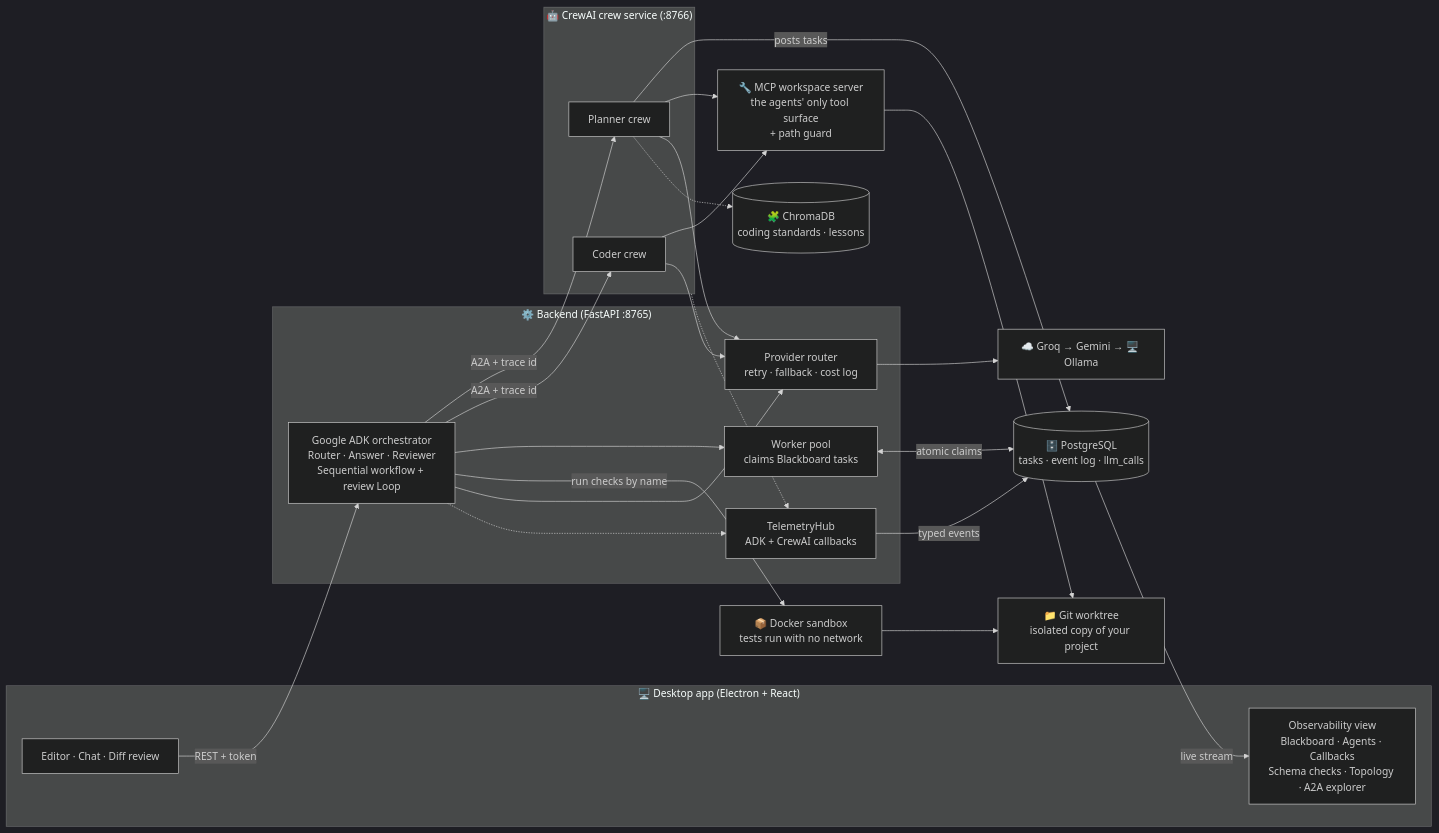
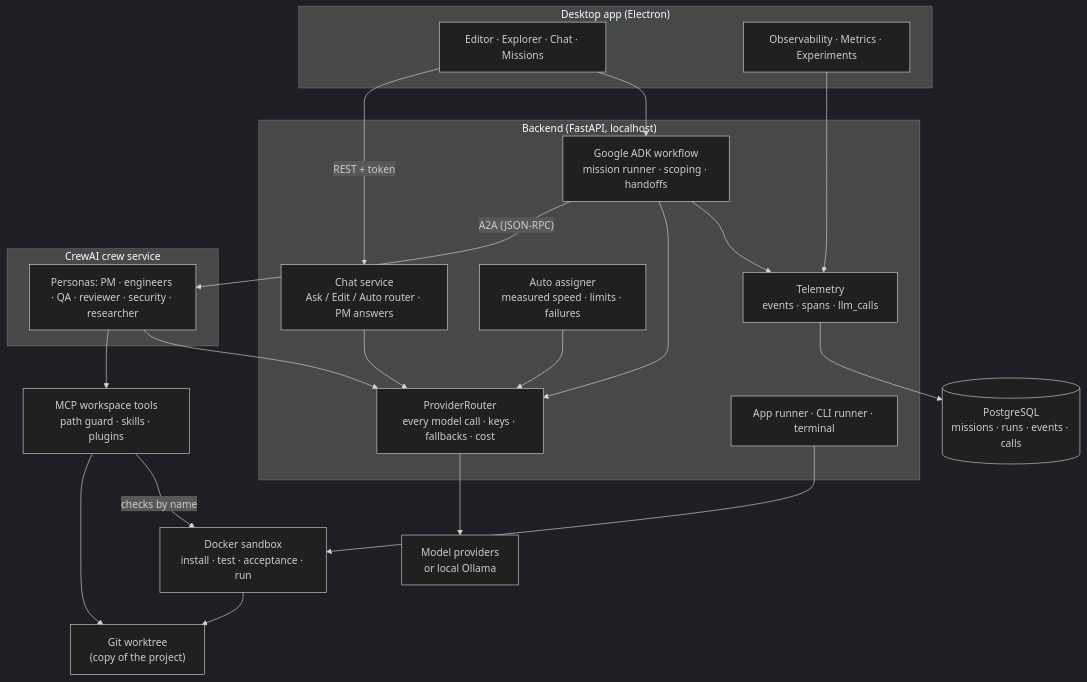
One commit to shreytiwari09/HEX-MIND changed the second of 3 diagrams in README.md. Above: the diagram before and after it, drawn with Mermaid (dark theme). The commit also changed other lines of this file and 16 other files, not shown here.

Commit message:
README with logo, screenshots and architecture; MIT license; research on 17 tools

````diff
--- a/README.md
+++ b/README.md
@@ -44,47 +141,40 @@
 ```mermaid
-flowchart LR
-    subgraph Desktop["🖥️ Desktop app (Electron + React)"]
-        UI["Editor · Chat · Diff review"]
-        OBS["Observability view<br/>Blackboard · Agents · Callbacks<br/>Schema checks · Topology · A2A explorer"]
+flowchart TB
+    subgraph Desktop["Desktop app (Electron)"]
+        UI["Editor · Explorer · Chat · Missions"]
+        OBS["Observability · Metrics · Experiments"]
     end
 
-    subgraph Backend["⚙️ Backend (FastAPI :8765)"]
-        ADK["Google ADK orchestrator<br/>Router · Answer · Reviewer<br/>Sequential workflow + review Loop"]
-        WK["Worker pool<br/>claims Blackboard tasks"]
-        TH["TelemetryHub<br/>ADK + CrewAI callbacks"]
-        PR["Provider router<br/>retry · fallback · cost log"]
+    subgraph Backend["Backend (FastAPI, localhost)"]
+        CHAT["Chat service<br/>Ask / Edit / Auto router · PM answers"]
+        ADK["Google ADK workflow<br/>mission runner · scoping · handoffs"]
+        PR["ProviderRouter<br/>every model call · keys · fallbacks · cost"]
+        AUTO["Auto assigner<br/>measured speed · limits · failures"]
+        APPS["App runner · CLI runner · terminal"]
+        TEL["Telemetry<br/>events · spans · llm_calls"]
     end
 
-    subgraph Crews["🤖 CrewAI crew service (:8766)"]
-        PL["Planner crew"]
-        CO["Coder crew"]
+    subgraph Crew["CrewAI crew service"]
+        P["Personas: PM · engineers · QA · reviewer · security · researcher"]
     end
 
-    MCP["🔧 MCP workspace server<br/>the agents' only tool surface<br/>+ path guard"]
-    WT["📁 Git worktree<br/>isolated copy of your project"]
-    SB["📦 Docker sandbox<br/>tests run with no network"]
-    PG[("🗄️ PostgreSQL<br/>tasks · event log · llm_calls")]
-    CH[("🧩 ChromaDB<br/>coding standards · lessons")]
-    LLM["☁️ Groq → Gemini → 🖥️ Ollama"]
+    MCP["MCP workspace tools<br/>path guard · skills · plugins"]
+    WT["Git worktree<br/>(copy of the project)"]
+    SB["Docker sandbox<br/>install · test · acceptance · run"]
+    DB[("PostgreSQL<br/>missions · runs · events · calls")]
+    LLM["Model providers<br/>or local Ollama"]
 
-    UI -->|"REST + token"| ADK
-    ADK -->|"A2A + trace id"| PL
-    ADK -->|"A2A + trace id"| CO
-    ADK --> WK
-    WK <-->|"atomic claims"| PG
-    PL -->|"posts tasks"| PG
-    CO --> MCP
-    PL --> MCP
-    MCP --> WT
-    ADK -->|"run checks by name"| SB
-    SB --> WT
+    UI -- "REST + token" --> CHAT
+    UI --> ADK
+    ADK -- "A2A (JSON-RPC)" --> P
+    P --> MCP --> WT
+    MCP -- "checks by name" --> SB --> WT
+    CHAT --> PR
+    P --> PR
     ADK --> PR
-    PL --> PR
-    CO --> PR
+    AUTO --> PR
     PR --> LLM
-    ADK -.-> TH
-    Crews -.-> TH
-    TH -->|"typed events"| PG
-    PG -->|"live stream"| OBS
-    PL -.-> CH
+    ADK --> TEL --> DB
+    OBS --> TEL
+    APPS --> SB
 ```
````
